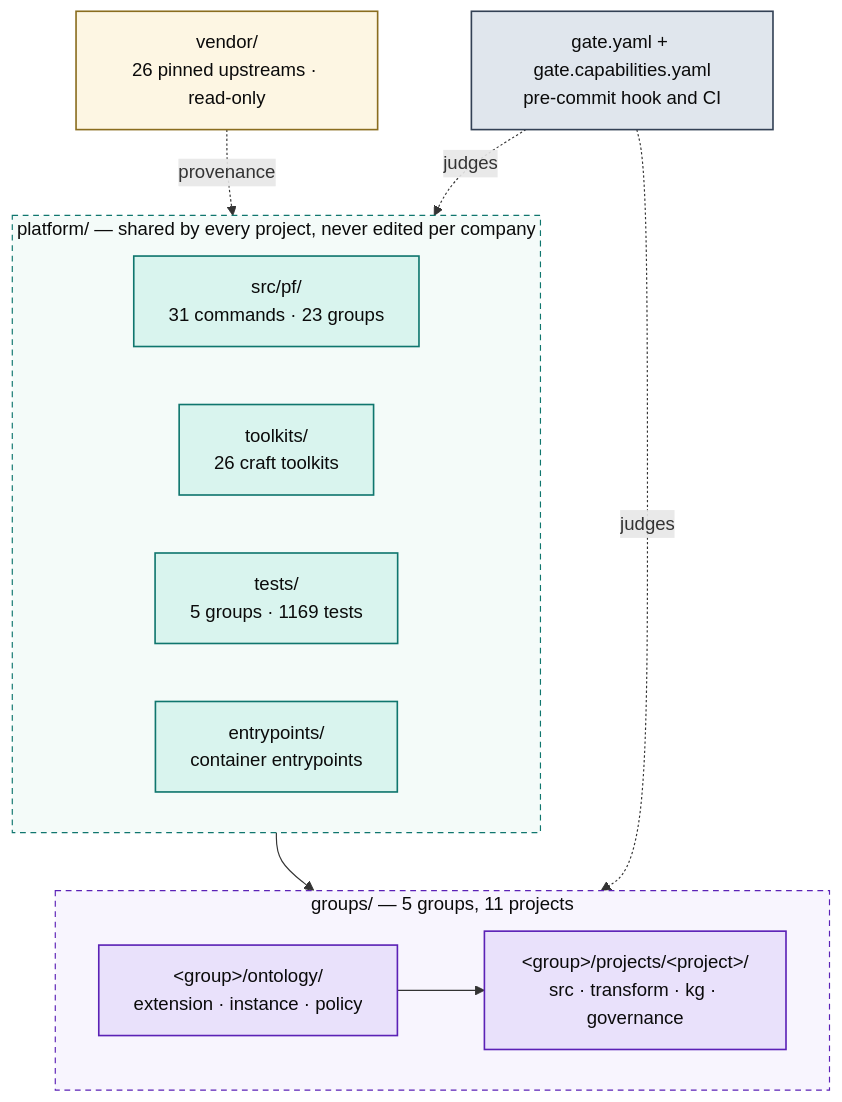
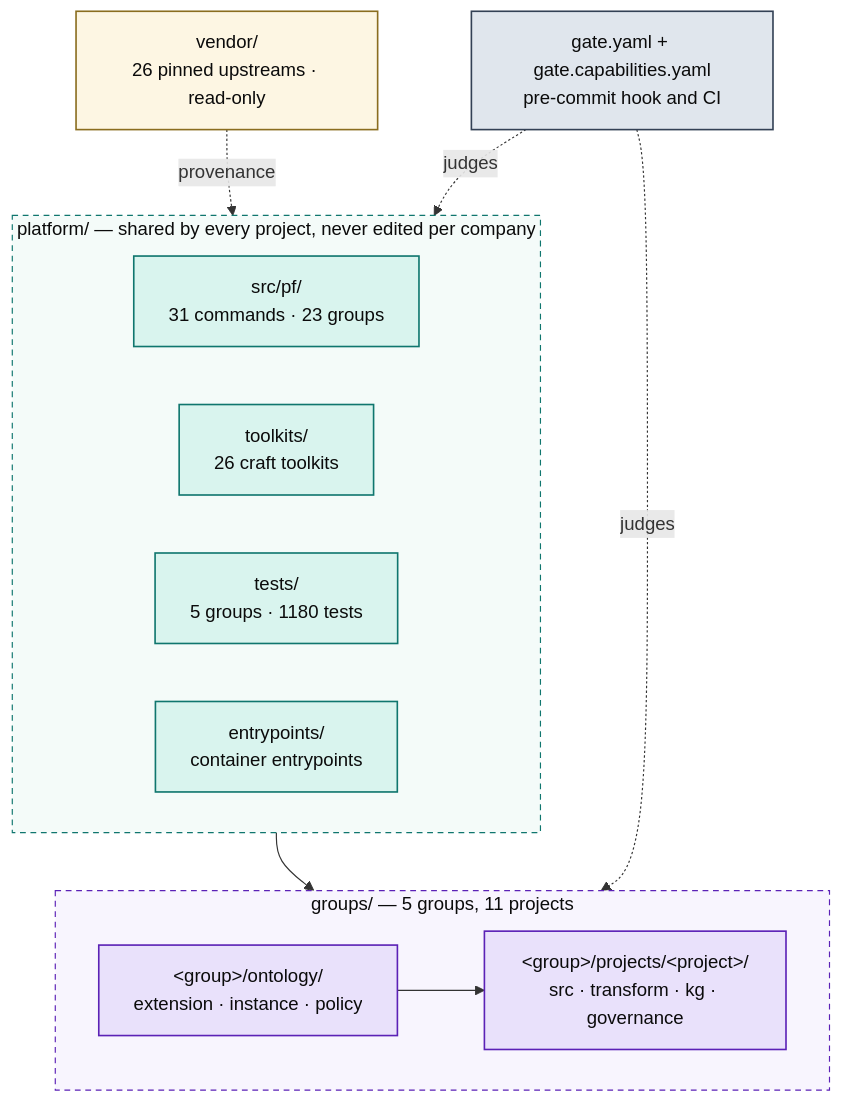
One commit to Atomz-org/data-platform changed the first of 5 diagrams in docs/ARCHITECTURE.md. Above: the diagram before and after it, drawn with Mermaid. The commit also changed other lines of this file and 1 other file, not shown here.

Commit message:
feat(platform): project `tests/` is a mapped architecture feature
A project's own Python tests (`tests/**/*.py`, e.g. commodity-india's
`tests/test_mcx_feed.py`) were reported by `pf arch` as unmapped files,
which reads as a project that has drifted from the scaffold.

platform/src/pf/architecture.py
- New optional Feature `project_tests` covering `tests/**/*.py`, so the
  architecture map names them and `pf arch check` stays green for a project
  that ships connector tests.

docs/ARCHITECTURE.md — regenerated by `pf arch build`.

````diff
--- a/docs/ARCHITECTURE.md
+++ b/docs/ARCHITECTURE.md
@@ -15,36 +15,36 @@
 ```mermaid
 flowchart TB
   subgraph SHARED["platform/ — shared by every project, never edited per company"]
     direction LR
     ENG["src/pf/<br/>31 commands · 23 groups"]
     TK["toolkits/<br/>26 craft toolkits"]
-    TST["tests/<br/>5 groups · 1169 tests"]
+    TST["tests/<br/>5 groups · 1180 tests"]
     ENT["entrypoints/<br/>container entrypoints"]
   end
 
   subgraph ENTITIES["groups/ — 5 groups, 11 projects"]
     direction LR
     GRP["&lt;group&gt;/ontology/<br/>extension · instance · policy"]
     PRJ["&lt;group&gt;/projects/&lt;project&gt;/<br/>src · transform · kg · governance"]
     GRP --> PRJ
   end
 
   VEN["vendor/<br/>26 pinned upstreams · read-only"]
   GATE["gate.yaml + gate.capabilities.yaml<br/>pre-commit hook and CI"]
 
   SHARED --> ENTITIES
   VEN -.provenance.-> SHARED
   GATE -.judges.-> ENTITIES
   GATE -.judges.-> SHARED
 
   classDef code fill:#d9f4ee,stroke:#0f766e,stroke-width:1.4px,color:#0b0b0b
   classDef data fill:#e9e1fb,stroke:#5b21b6,stroke-width:1.4px,color:#0b0b0b
   classDef gov fill:#e0e6ed,stroke:#334155,stroke-width:1.4px,color:#0b0b0b
   classDef ext fill:#fdf6e3,stroke:#8a6d1f,stroke-width:1.4px,color:#0b0b0b
   class ENG,TK,TST,ENT code
   class GRP,PRJ data
   class GATE gov
   class VEN ext
   style SHARED fill:#f4fbf9,stroke:#0f766e,stroke-dasharray:5 4,color:#0b0b0b
   style ENTITIES fill:#f8f5fe,stroke:#5b21b6,stroke-dasharray:5 4,color:#0b0b0b
 ```
````
